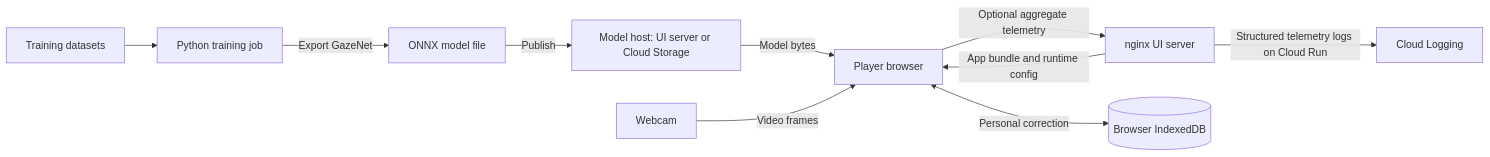
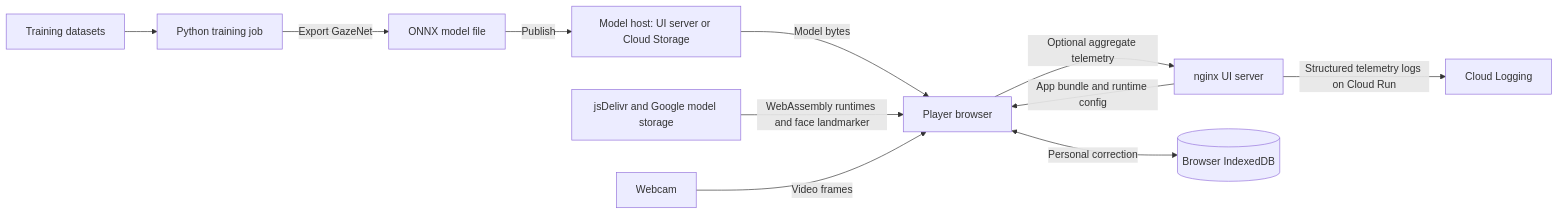
One commit to NoahSchiro/ac215_pavlos_dogs changed the first of 4 diagrams in ms4_deliverables/application-design.md. Above: the diagram before and after it, drawn with Mermaid. The commit also changed other lines of this file, not shown here.

````diff
--- a/ms4_deliverables/application-design.md
+++ b/ms4_deliverables/application-design.md
@@ -31,12 +41,13 @@
 ```mermaid
 flowchart LR
     D[Training datasets] --> T[Python training job]
     T -->|Export GazeNet| M[ONNX model file]
     M -->|Publish| H[Model host: UI server or Cloud Storage]
     N[nginx UI server] -->|App bundle and runtime config| B[Player browser]
     H -->|Model bytes| B
+    X[jsDelivr and Google model storage] -->|WebAssembly runtimes and face landmarker| B
     C[Webcam] -->|Video frames| B
     B <-->|Personal correction| I[(Browser IndexedDB)]
     B -->|Optional aggregate telemetry| N
     N -->|Structured telemetry logs on Cloud Run| L[Cloud Logging]
 ```
````
